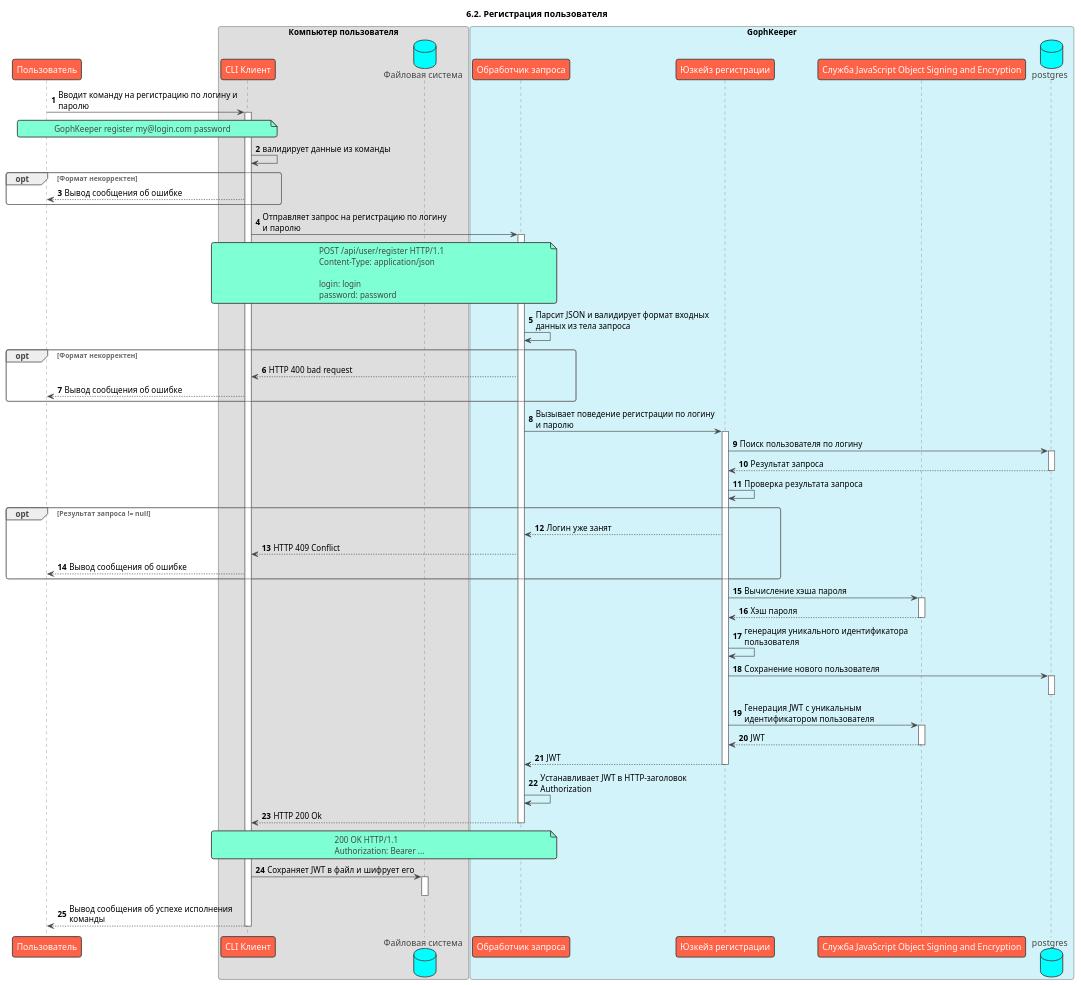
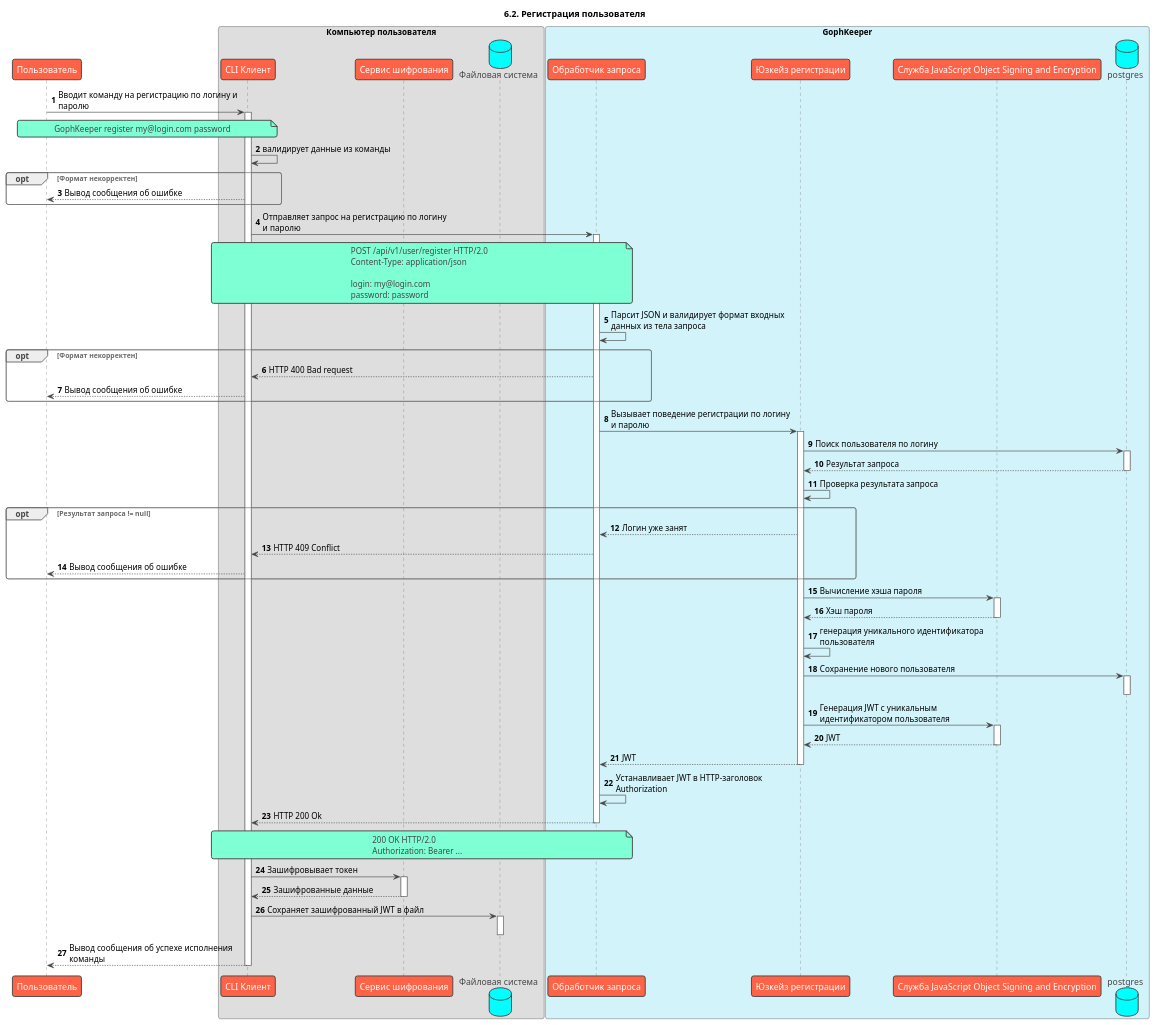
One commit to Nickolasll/GophKeeper changed the diagram in docs/arc42/6. Runtime View/6.2 Registration.puml. Above: the diagram before and after it, drawn with PlantUML. The commit also changed 24 other files, not shown here.

```diff
--- a/docs/arc42/6. Runtime View/6.2 Registration.puml
+++ b/docs/arc42/6. Runtime View/6.2 Registration.puml
@@ -1,76 +1,79 @@
 @startuml
 !theme vibrant
 title: 6.2. Регистрация пользователя
 skinparam maxMessageSize 300
 autonumber
 
 participant "Пользователь" as user
 box "Компьютер пользователя" #DEDEDE
     participant "CLI Клиент" as client
+    participant "Сервис шифрования" as cli_crypto
     database "Файловая система" as file
 end box
 
 box "GophKeeper" #d3f3fa
     participant "Обработчик запроса" as handler
     participant "Юзкейз регистрации" as auth
     participant "Служба JavaScript Object Signing and Encryption" as jose
     database "postgres" as db
 end box
 
 user -> client ++ : Вводит команду на регистрацию по логину и паролю
 note over user, client
     GophKeeper register my@login.com password  
 end note
 
 client -> client: валидирует данные из команды
 
 opt Формат некорректен
     client --> user: Вывод сообщения об ошибке
 end
 
 client -> handler ++ : Отправляет запрос на регистрацию по логину и паролю
 note over client, handler
-    POST /api/user/register HTTP/1.1
+    POST /api/v1/user/register HTTP/2.0
     Content-Type: application/json
 
-    login: login
+    login: my@login.com
     password: password   
 end note
 
 handler -> handler : Парсит JSON и валидирует формат входных данных из тела запроса
 opt Формат некорректен
-    handler --> client: HTTP 400 bad request
+    handler --> client: HTTP 400 Bad request
     client --> user: Вывод сообщения об ошибке
 end
 
 handler -> auth ++ : Вызывает поведение регистрации по логину и паролю
 auth -> db ++ : Поиск пользователя по логину
 return Результат запроса
 auth -> auth: Проверка результата запроса
 opt Результат запроса != null
     auth --> handler: Логин уже занят
     handler --> client: HTTP 409 Conflict
     client --> user: Вывод сообщения об ошибке
 end
 
 auth -> jose ++: Вычисление хэша пароля
 return Хэш пароля
 auth -> auth: генерация уникального идентификатора пользователя
 auth -> db ++: Сохранение нового пользователя
 deactivate db
     
 auth -> jose ++: Генерация JWT с уникальным идентификатором пользователя
 return JWT
 return JWT
 
 handler -> handler: Устанавливает JWT в HTTP-заголовок Authorization
 return HTTP 200 Ok
 note over client, handler
-    200 OK HTTP/1.1
+    200 OK HTTP/2.0
     Authorization: Bearer ...  
 end note
-client -> file: Сохраняет JWT в файл и шифрует его
+client -> cli_crypto ++ : Зашифровывает токен
+return Зашифрованные данные
+client -> file: Сохраняет зашифрованный JWT в файл
 activate file
 deactivate file 
 return Вывод сообщения об успехе исполнения команды
 @enduml
```
